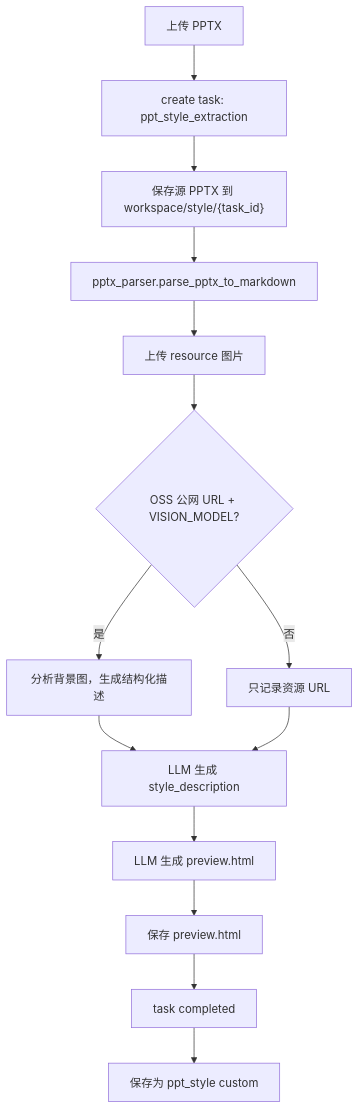
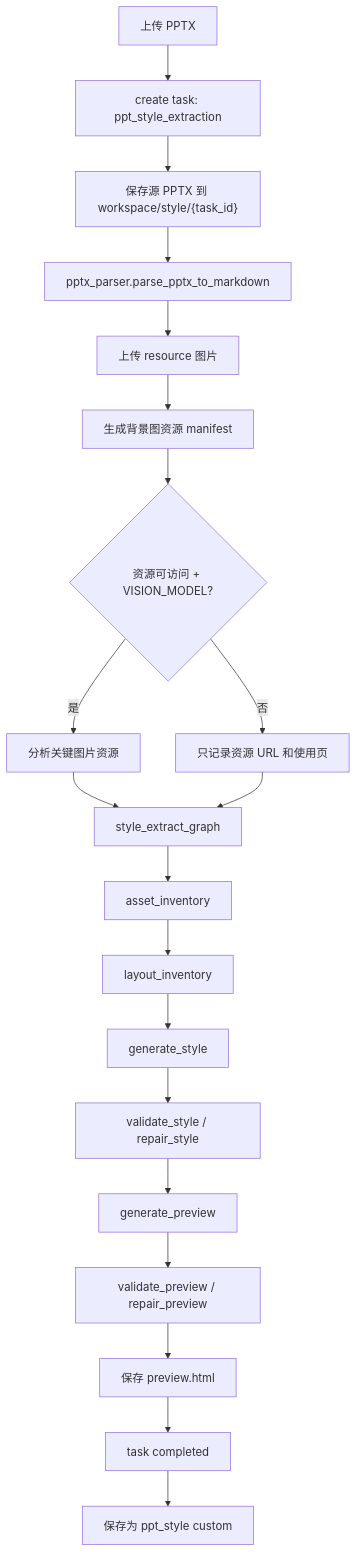
One commit to huiru-wang/rumi-ai changed the diagram in docs/style-extraction-architecture.md. Above: the diagram before and after it, drawn with Mermaid. The commit also changed other lines of this file and 10 other files, not shown here.

````diff
--- a/docs/style-extraction-architecture.md
+++ b/docs/style-extraction-architecture.md
@@ -64,16 +65,22 @@
 ```mermaid
 flowchart TB
   Upload["上传 PPTX"] --> Task["create task: ppt_style_extraction"]
   Task --> SavePPTX["保存源 PPTX 到 workspace/style/{task_id}"]
   SavePPTX --> Parse["pptx_parser.parse_pptx_to_markdown"]
   Parse --> UploadMedia["上传 resource 图片"]
-  UploadMedia --> Vision{"OSS 公网 URL + VISION_MODEL?"}
-  Vision -->|是| AnalyzeImage["分析背景图，生成结构化描述"]
-  Vision -->|否| ManifestOnly["只记录资源 URL"]
-  AnalyzeImage --> StyleLLM["LLM 生成 style_description"]
-  ManifestOnly --> StyleLLM
-  StyleLLM --> PreviewLLM["LLM 生成 preview.html"]
-  PreviewLLM --> SavePreview["保存 preview.html"]
+  UploadMedia --> Manifest["生成背景图资源 manifest"]
+  Manifest --> Vision{"资源可访问 + VISION_MODEL?"}
+  Vision -->|是| AnalyzeImage["分析关键图片资源"]
+  Vision -->|否| ManifestOnly["只记录资源 URL 和使用页"]
+  AnalyzeImage --> Graph["style_extract_graph"]
+  ManifestOnly --> Graph
+  Graph --> AssetInv["asset_inventory"]
+  AssetInv --> LayoutInv["layout_inventory"]
+  LayoutInv --> StyleLLM["generate_style"]
+  StyleLLM --> ValidateStyle["validate_style / repair_style"]
+  ValidateStyle --> PreviewLLM["generate_preview"]
+  PreviewLLM --> ValidatePreview["validate_preview / repair_preview"]
+  ValidatePreview --> SavePreview["保存 preview.html"]
   SavePreview --> Complete["task completed"]
   Complete --> SaveStyle["保存为 ppt_style custom"]
 ```
````
